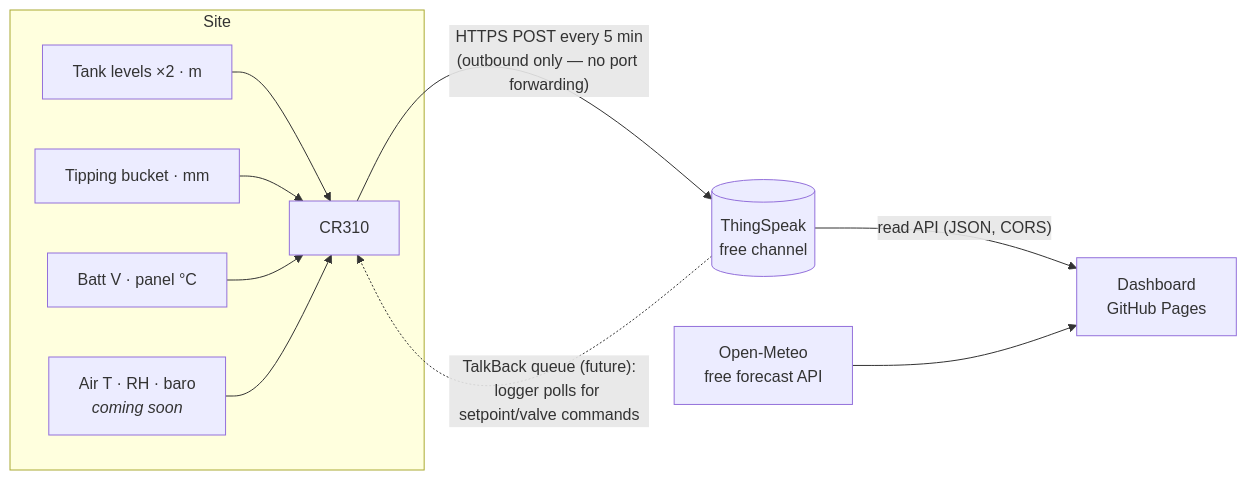
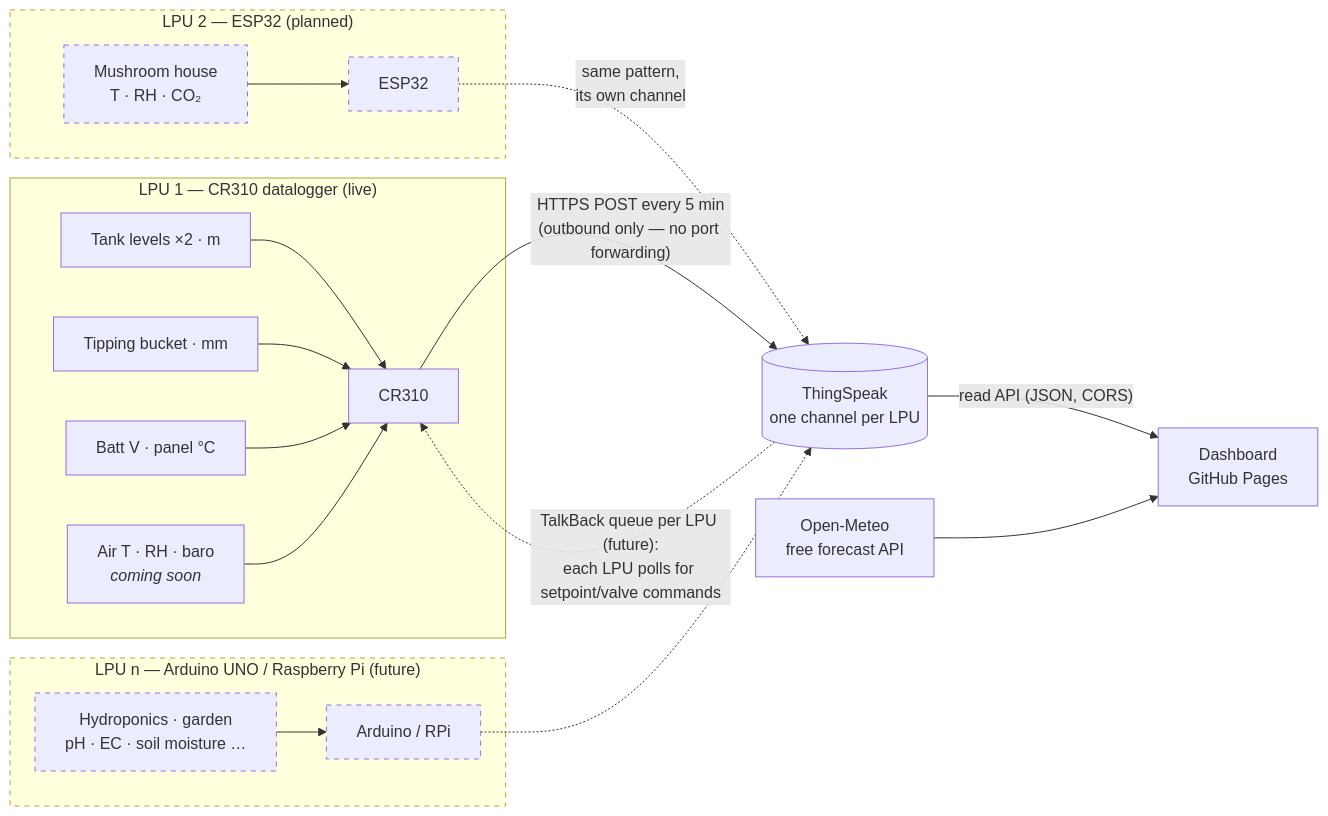
One commit to cdomotor-g/home changed the diagram in README.md. Above: the diagram before and after it, drawn with Mermaid. The commit also changed other lines of this file and 1 other file, not shown here.

````diff
--- a/README.md
+++ b/README.md
@@ -17,13 +24,23 @@
 ```mermaid
 flowchart LR
-    subgraph Site
+    subgraph LPU1["LPU 1 — CR310 datalogger (live)"]
         S1[Tank levels ×2 · m] --> CR310
         S2[Tipping bucket · mm] --> CR310
         S3[Batt V · panel °C] --> CR310
         S4[Air T · RH · baro<br><i>coming soon</i>] --> CR310
     end
-    CR310 -- "HTTPS POST every 5 min<br>(outbound only — no port forwarding)" --> TS[(ThingSpeak<br>free channel)]
+    subgraph LPU2["LPU 2 — ESP32 (planned)"]
+        S5[Mushroom house<br>T · RH · CO₂] --> ESP32
+    end
+    subgraph LPUN["LPU n — Arduino UNO / Raspberry Pi (future)"]
+        S6[Hydroponics · garden<br>pH · EC · soil moisture …] --> LPUn[Arduino / RPi]
+    end
+    CR310 -- "HTTPS POST every 5 min<br>(outbound only — no port forwarding)" --> TS[(ThingSpeak<br>one channel per LPU)]
+    ESP32 -. "same pattern,<br>its own channel" .-> TS
+    LPUn -.-> TS
     TS -- "read API (JSON, CORS)" --> DASH[Dashboard<br>GitHub Pages]
     OM[Open-Meteo<br>free forecast API] --> DASH
-    TS -. "TalkBack queue (future):<br>logger polls for setpoint/valve commands" .-> CR310
+    TS -. "TalkBack queue per LPU (future):<br>each LPU polls for setpoint/valve commands" .-> CR310
+    classDef future stroke-dasharray: 5 5;
+    class LPU2,LPUN,ESP32,LPUn,S5,S6 future;
 ```
````
